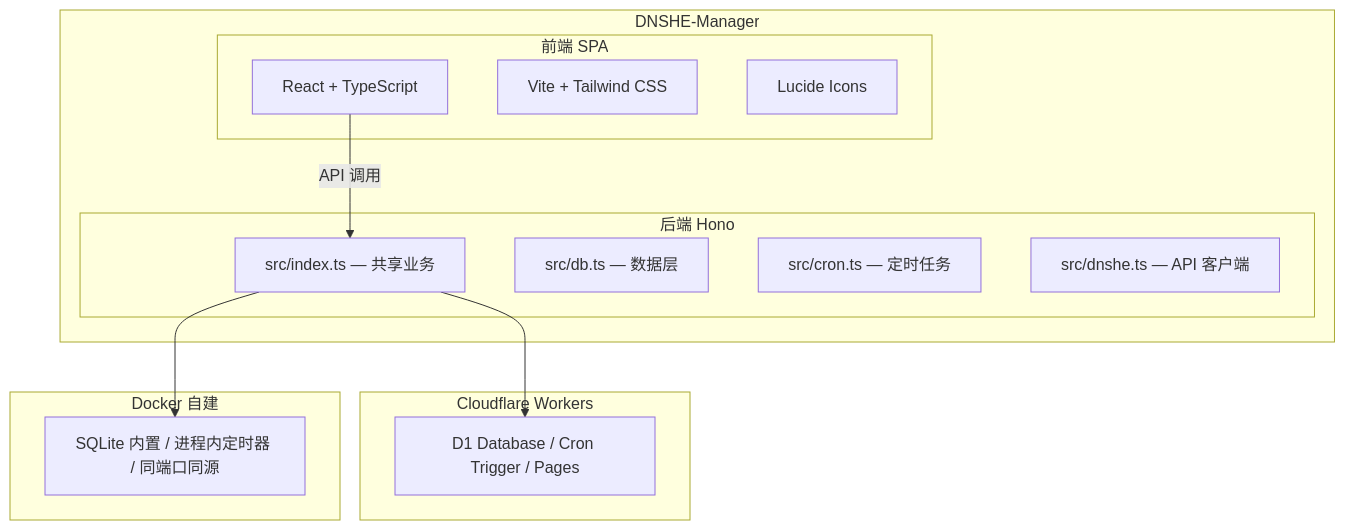
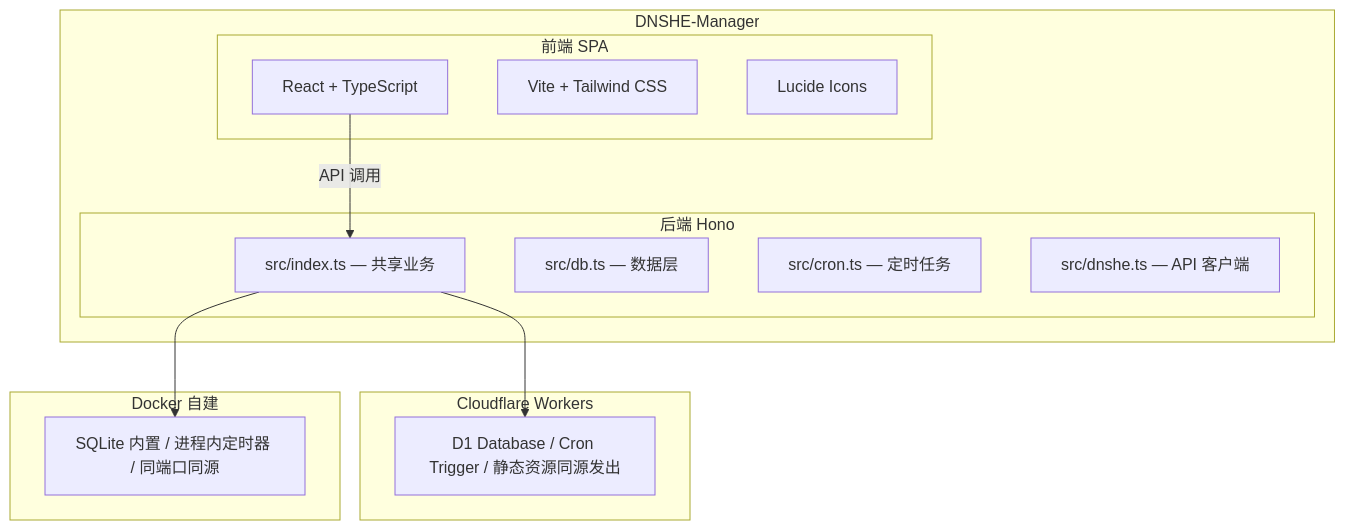
One commit to lioil522/dnshe-manager changed the diagram in README.md. Above: the diagram before and after it, drawn with Mermaid. The commit also changed other lines of this file and 8 other files, not shown here.

````diff
--- a/README.md
+++ b/README.md
@@ -30,30 +30,30 @@
 ```mermaid
 graph TD
     subgraph DNSHE-Manager
         subgraph 前端 SPA
             A1["React + TypeScript"]
             A2["Vite + Tailwind CSS"]
             A3["Lucide Icons"]
         end
 
         subgraph 后端 Hono
             B1["src/index.ts — 共享业务"]
             B2["src/db.ts — 数据层"]
             B3["src/cron.ts — 定时任务"]
             B4["src/dnshe.ts — API 客户端"]
         end
 
         A1 -->|API 调用| B1
     end
 
     B1 --> C1
     B1 --> C2
 
     subgraph Cloudflare Workers
-        C1["D1 Database / Cron Trigger / Pages"]
+        C1["D1 Database / Cron Trigger / 静态资源同源发出"]
     end
 
     subgraph Docker 自建
         C2["SQLite 内置 / 进程内定时器 / 同端口同源"]
     end
 ```
````
